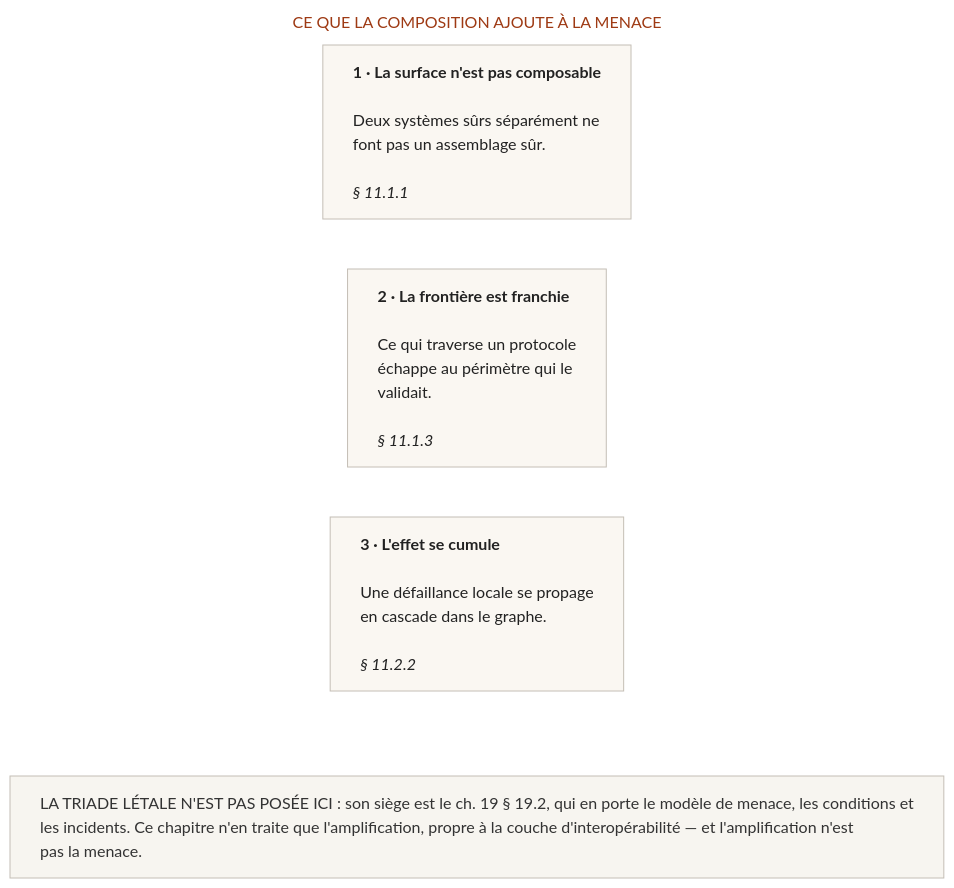
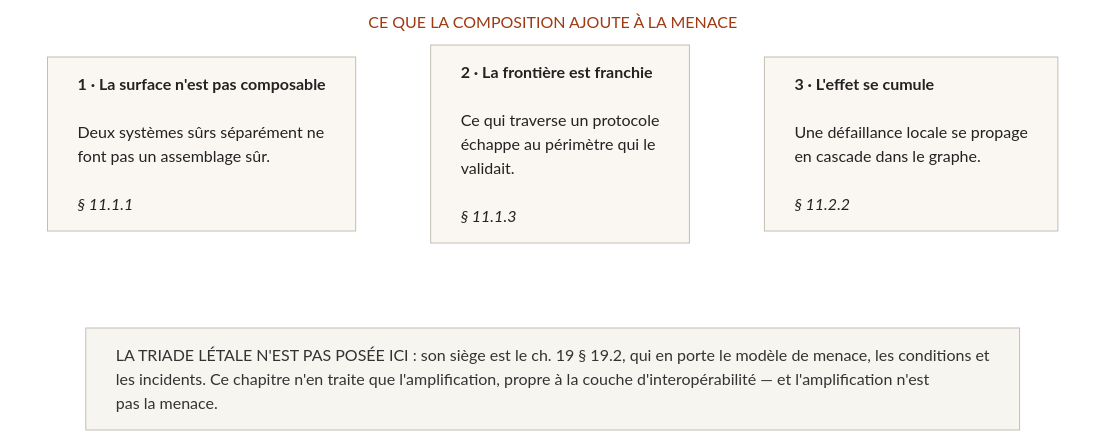
The diagram in 1 - Compendium 2026/Diagrammes/Figure-11.1 - Ce que la composition ajoute à la menace - surface non.mmd (agbruneau/Agentique), drawn with Mermaid before and after one commit. The commit also changed 254 other files, not shown here.

First line of the commit message:
Audit approfondi et correction des Markdown et des 287 diagrammes des 6 ouvrages

```diff
--- a/1 - Compendium 2026/Diagrammes/Figure-11.1 - Ce que la composition ajoute à la menace - surface non.mmd
+++ b/1 - Compendium 2026/Diagrammes/Figure-11.1 - Ce que la composition ajoute à la menace - surface non.mmd
@@ -1,21 +1,22 @@
 %% Figure 11.1 — Ce que la composition ajoute à la menace : surface non composable (§ 11.1.1), frontière franchie (§ 11.1.3), effet cumulé (§ 11.2.2).
 %% Source : 1 - Compendium 2026, Chapitre 11 (page 131)
 
-%%{init: {'flowchart': {'wrappingWidth': 900}}}%%
+%%{init: {'flowchart': {'wrappingWidth': 1150}}}%%
 flowchart TB
     subgraph SG_MEN["CE QUE LA COMPOSITION AJOUTE À LA MENACE"]
         direction LR
         C1["<b>1 · La surface n'est pas composable</b><br/><br/>Deux systèmes sûrs séparément ne<br/>font pas un assemblage sûr.<br/><br/><i>§ 11.1.1</i>"]
         C2["<b>2 · La frontière est franchie</b><br/><br/>Ce qui traverse un protocole<br/>échappe au périmètre qui le<br/>validait.<br/><br/><i>§ 11.1.3</i>"]
         C3["<b>3 · L'effet se cumule</b><br/><br/>Une défaillance locale se propage<br/>en cascade dans le graphe.<br/><br/><i>§ 11.2.2</i>"]
+        C1 ~~~ C2 ~~~ C3
     end
 
     NOTE["LA TRIADE LÉTALE N'EST PAS POSÉE ICI : son siège est le ch. 19 § 19.2, qui en porte le modèle de menace, les conditions et<br/>les incidents. Ce chapitre n'en traite que l'amplification, propre à la couche d'interopérabilité — et l'amplification n'est<br/>pas la menace."]
 
     SG_MEN ~~~ NOTE
 
     classDef card fill:#FAF7F2,stroke:#C4BEB5,stroke-width:1px,color:#222222,text-align:left;
     classDef noteBox fill:#F7F5F0,stroke:#C4BEB5,stroke-width:1px,color:#333333,text-align:left;
     class C1,C2,C3 card;
     class NOTE noteBox;
     style SG_MEN fill:#FFFFFF,stroke:none,color:#9E3A14
```
